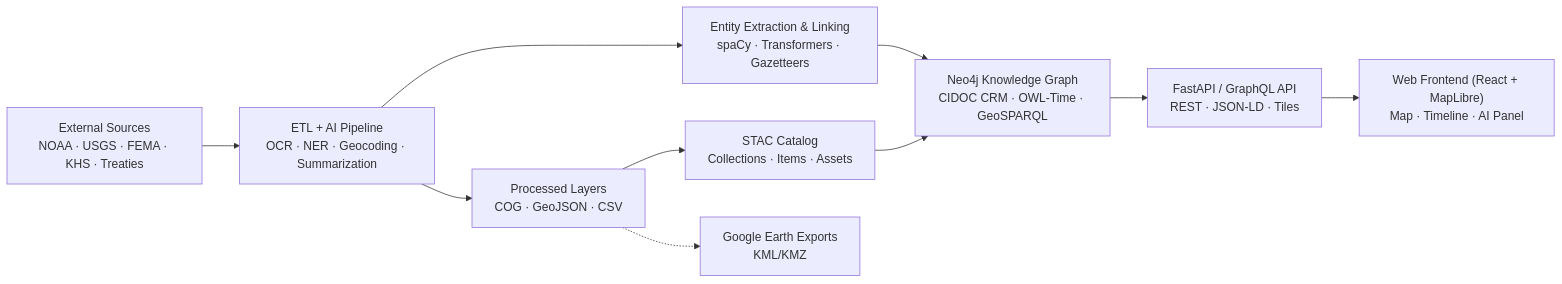
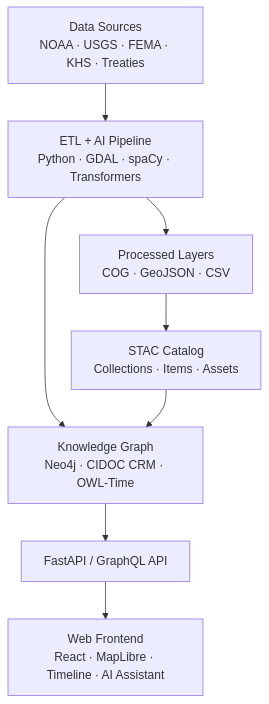
The diagram in README.md (bartytime4life/Kansas-Frontier-Matrix), drawn with Mermaid before and after one commit. The commit also changed other lines of this file, not shown here.

````diff
--- a/README.md
+++ b/README.md
@@ -69,13 +41,10 @@
 ```mermaid
-flowchart LR
-  A["External Sources\nNOAA · USGS · FEMA · KHS · Treaties"] --> B["ETL + AI Pipeline\nOCR · NER · Geocoding · Summarization"]
-  B --> C["Processed Layers\nCOG · GeoJSON · CSV"]
-  C --> D["STAC Catalog\nCollections · Items · Assets"]
-  B --> E["Entity Extraction & Linking\nspaCy · Transformers · Gazetteers"]
-  E --> F["Neo4j Knowledge Graph\nCIDOC CRM · OWL-Time · GeoSPARQL"]
-  D --> F
-  F --> G["FastAPI / GraphQL API\nREST · JSON-LD · Tiles"]
-  G --> H["Web Frontend (React + MapLibre)\nMap · Timeline · AI Panel"]
-  C -.-> I["Google Earth Exports\nKML/KMZ"]
-%% END OF MERMAID
+flowchart TD
+  A["Data Sources<br/>NOAA · USGS · FEMA · KHS · Treaties"] --> B["ETL + AI Pipeline<br/>Python · GDAL · spaCy · Transformers"]
+  B --> C["Processed Layers<br/>COG · GeoJSON · CSV"]
+  C --> D["STAC Catalog<br/>Collections · Items · Assets"]
+  B --> E["Knowledge Graph<br/>Neo4j · CIDOC CRM · OWL-Time"]
+  D --> E
+  E --> F["FastAPI / GraphQL API"]
+  F --> G["Web Frontend<br/>React · MapLibre · Timeline · AI Assistant"]
 ```
````
